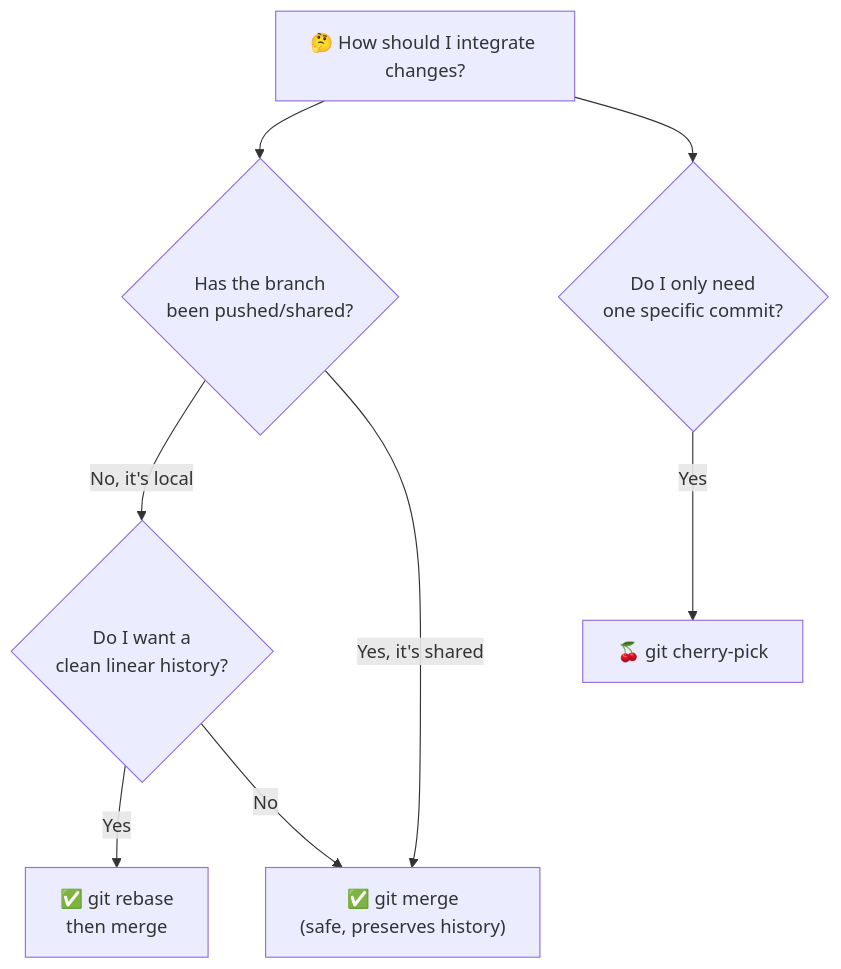
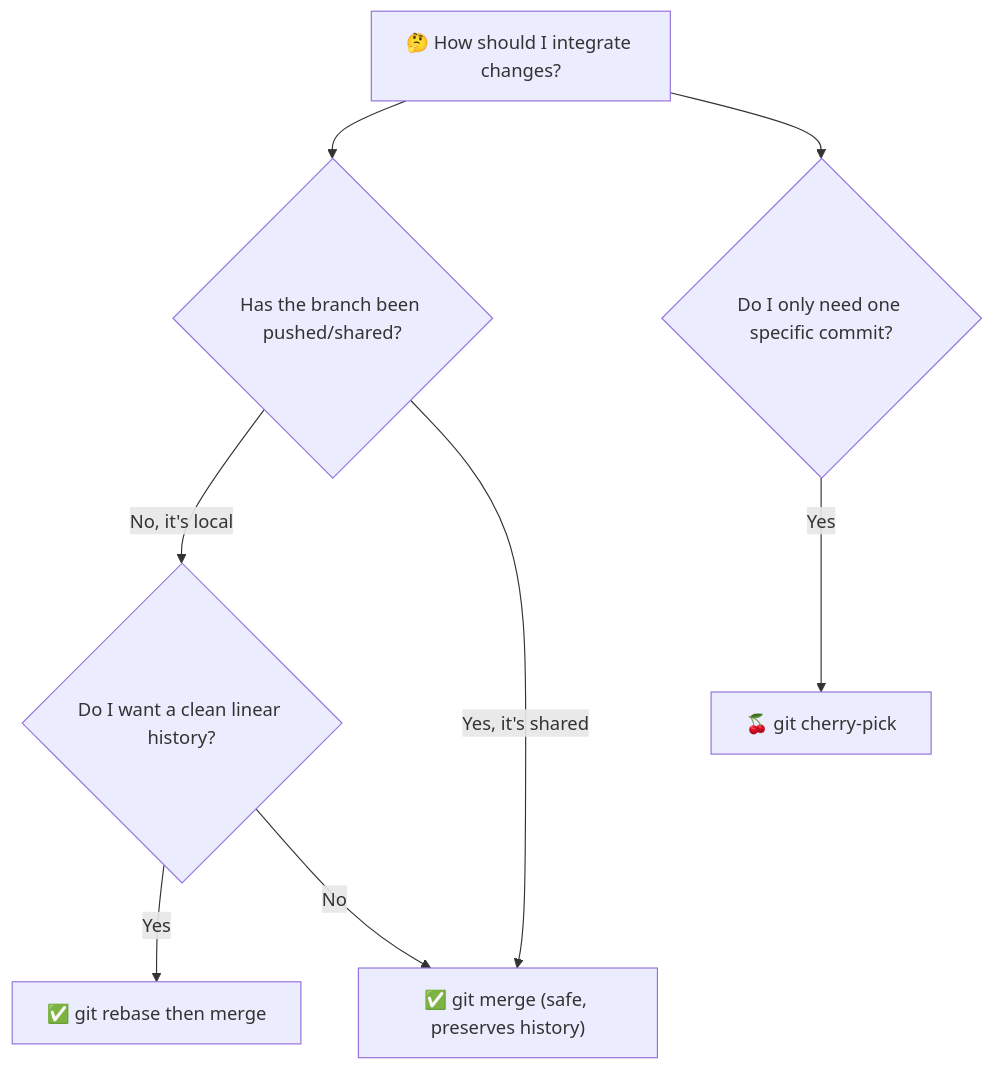
Before and after one commit to DaveFV91/GitCourse: the tenth of 10 diagrams in 01-git-theory/02-merge-strategies.md, drawn with Mermaid. The commit also changed other lines of this file, not shown here.

Commit message:
refined merge strategies section and added practical note on backmerging

````diff
--- a/01-git-theory/02-merge-strategies.md
+++ b/01-git-theory/02-merge-strategies.md
@@ -191,10 +215,10 @@
 ```mermaid
 flowchart TD
-    A["🤔 How should I integrate changes?"] --> B{"Has the branch\nbeen pushed/shared?"}
-    B -->|No, it's local| C{"Do I want a\nclean linear history?"}
-    B -->|Yes, it's shared| D["✅ git merge\n(safe, preserves history)"]
-    C -->|Yes| E["✅ git rebase\nthen merge"]
+    A["🤔 How should I integrate changes?"] --> B{"Has the branch been pushed/shared?"}
+    B -->|No, it's local| C{"Do I want a clean linear history?"}
+    B -->|Yes, it's shared| D["✅ git merge (safe, preserves history)"]
+    C -->|Yes| E["✅ git rebase then merge"]
     C -->|No| D
-    A --> F{"Do I only need\none specific commit?"}
+    A --> F{"Do I only need one specific commit?"}
     F -->|Yes| G["🍒 git cherry-pick"]
 ```
````
